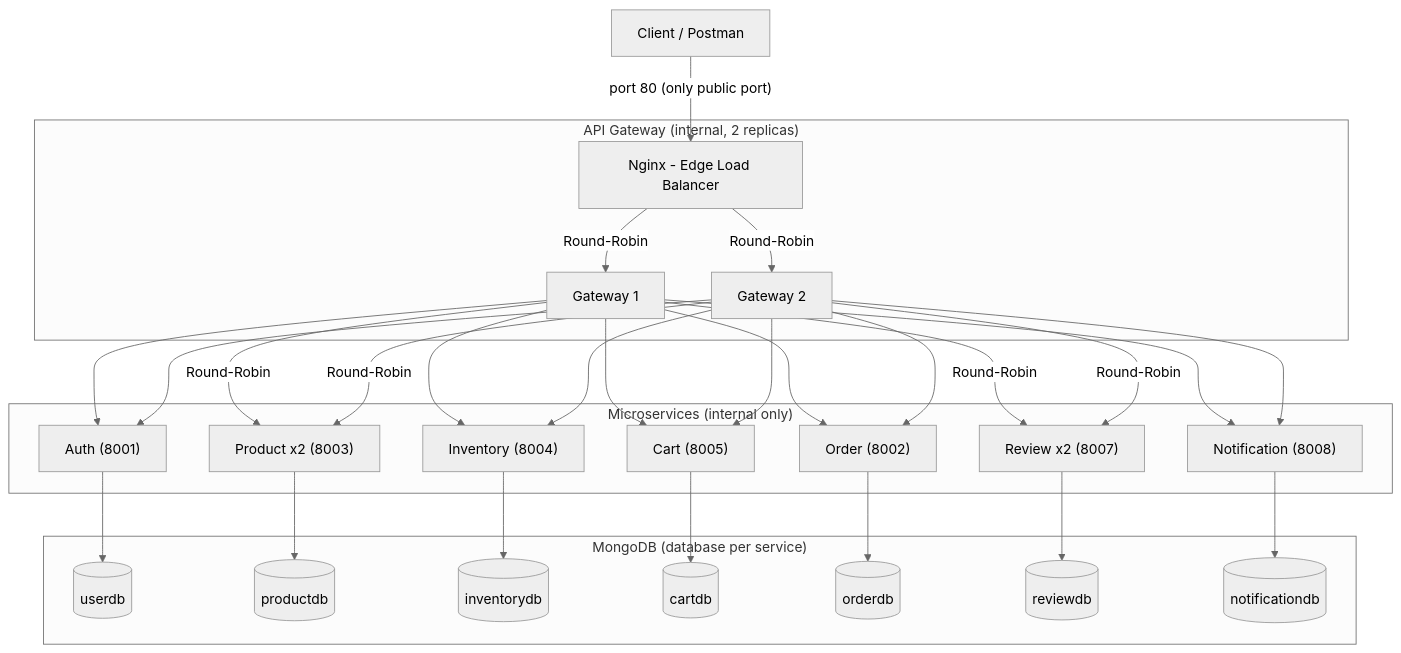
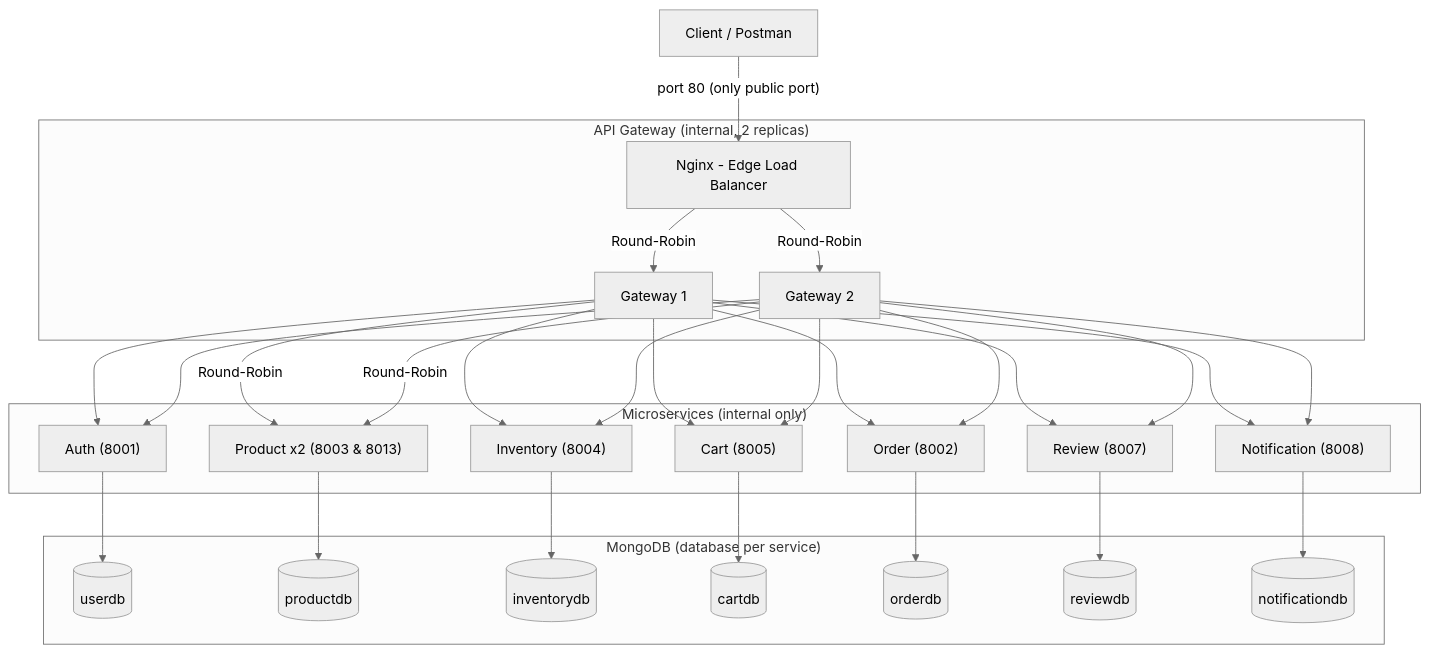
Before and after one commit to SaruonSopheakdey/ecommerce-project: the diagram in README.md, drawn with Mermaid (neutral theme). The commit also changed other lines of this file and 8 other files, not shown here.

````diff
--- a/README.md
+++ b/README.md
@@ -44,29 +44,29 @@
 ```mermaid
 flowchart TD
     Client["Client / Postman"] -->|"port 80 (only public port)"| NG["Nginx - Edge Load Balancer"]
 
     subgraph GW ["API Gateway (internal, 2 replicas)"]
         NG -->|Round-Robin| G1["Gateway 1"]
         NG -->|Round-Robin| G2["Gateway 2"]
     end
 
     subgraph SVC ["Microservices (internal only)"]
         G1 & G2 --> AS["Auth (8001)"]
-        G1 & G2 -->|Round-Robin| PC["Product x2 (8003)"]
+        G1 & G2 -->|Round-Robin| PC["Product x2 (8003 & 8013)"]
         G1 & G2 --> IS["Inventory (8004)"]
         G1 & G2 --> CS["Cart (8005)"]
         G1 & G2 --> OS["Order (8002)"]
-        G1 & G2 -->|Round-Robin| RS["Review x2 (8007)"]
+        G1 & G2 --> RS["Review (8007)"]
         G1 & G2 --> NS["Notification (8008)"]
     end
 
     subgraph DB ["MongoDB (database per service)"]
         AS --> DB_A[("userdb")]
         PC --> DB_P[("productdb")]
         IS --> DB_I[("inventorydb")]
         CS --> DB_C[("cartdb")]
         OS --> DB_O[("orderdb")]
         RS --> DB_R[("reviewdb")]
         NS --> DB_N[("notificationdb")]
     end
 ```
````
